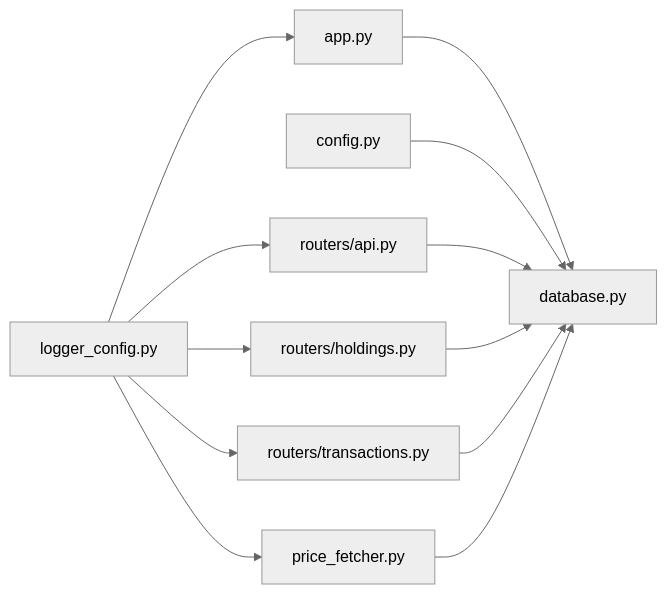
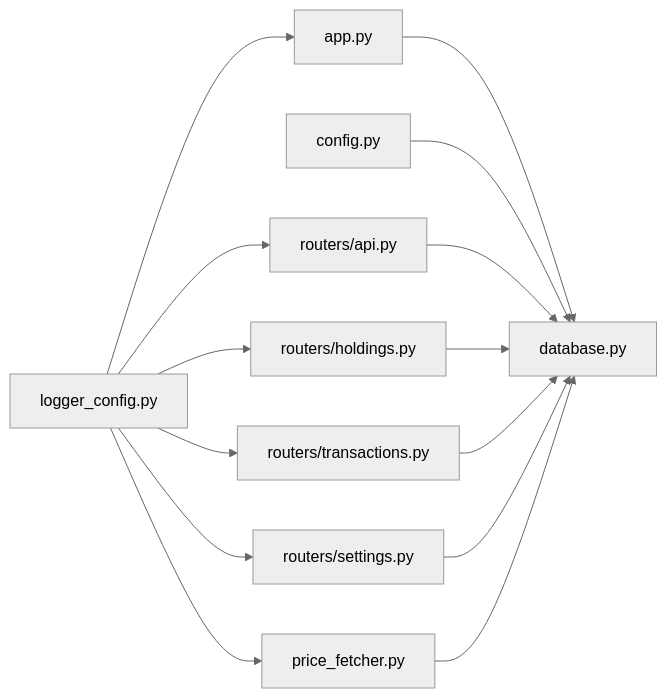
One commit to macrohuang/invest-log changed the eighth of 8 diagrams in .qoder/repowiki/zh/content/数据库设计/数据库设计.md. Above: the diagram before and after it, drawn with Mermaid (neutral theme). The commit also changed other lines of this file and 11 other files, not shown here.

````diff
--- a/.qoder/repowiki/zh/content/数据库设计/数据库设计.md
+++ b/.qoder/repowiki/zh/content/数据库设计/数据库设计.md
@@ -301,14 +351,16 @@
 ```mermaid
 graph LR
 APP["app.py"] --> DB["database.py"]
 CFG["config.py"] --> DB
 API["routers/api.py"] --> DB
 HOLD["routers/holdings.py"] --> DB
 TRANS["routers/transactions.py"] --> DB
+SETTINGS["routers/settings.py"] --> DB
 PF["price_fetcher.py"] --> DB
 LOG["logger_config.py"] --> APP
 LOG --> HOLD
 LOG --> TRANS
 LOG --> API
+LOG --> SETTINGS
 LOG --> PF
 ```
````
